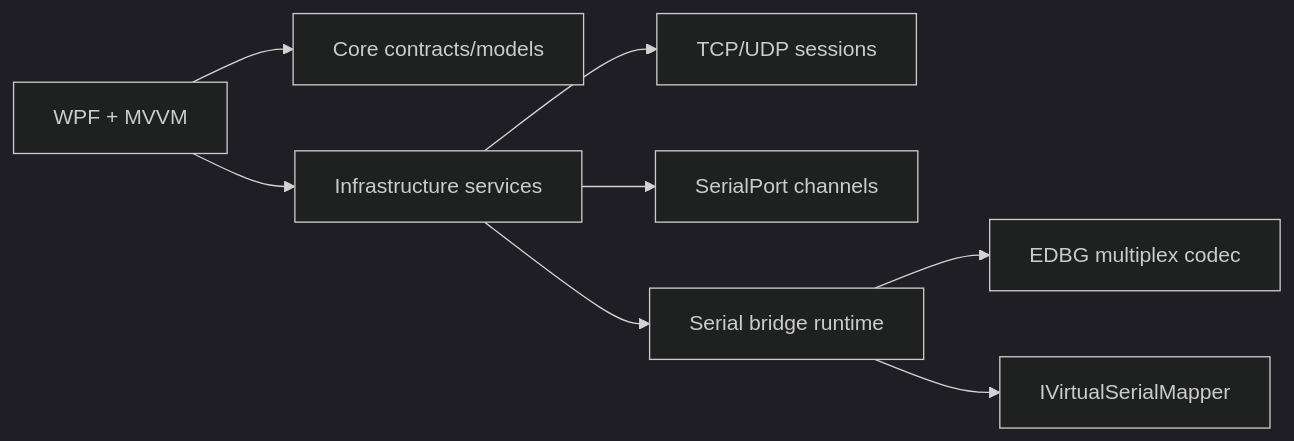
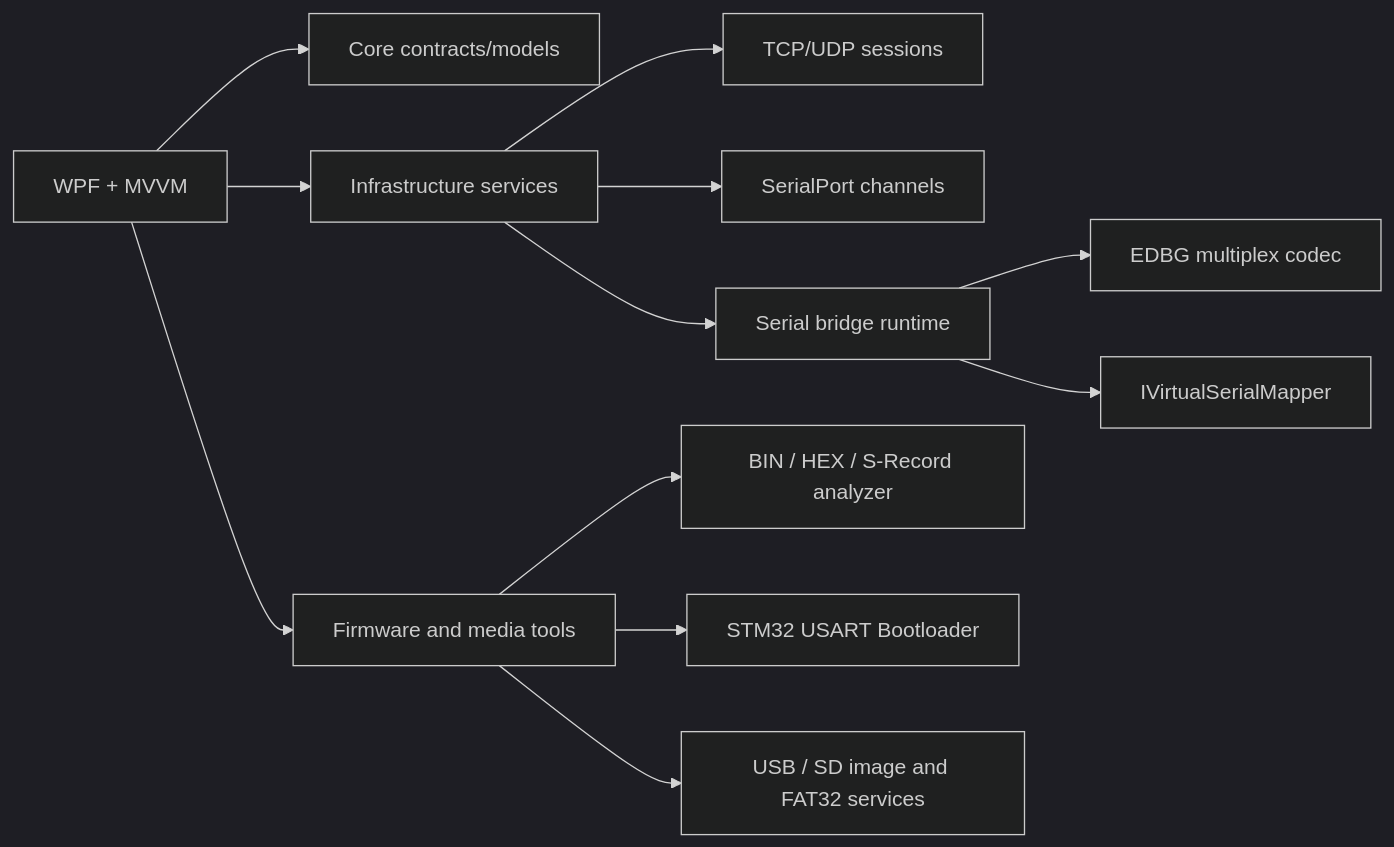
One commit to Daofengql/EmbedDesk changed the diagram in docs/Architecture.md. Above: the diagram before and after it, drawn with Mermaid (dark theme). The commit also changed other lines of this file and 16 other files, not shown here.

Commit message:
feat: add embedded firmware and media tools

````diff
--- a/docs/Architecture.md
+++ b/docs/Architecture.md
@@ -3,10 +3,14 @@
 ```mermaid
 flowchart LR
   UI[WPF + MVVM] --> Core[Core contracts/models]
   UI --> Infra[Infrastructure services]
   Infra --> Net[TCP/UDP sessions]
   Infra --> Serial[SerialPort channels]
   Infra --> Bridge[Serial bridge runtime]
   Bridge --> Proto[EDBG multiplex codec]
   Bridge --> Driver[IVirtualSerialMapper]
+  UI --> Firmware[Firmware and media tools]
+  Firmware --> Images[BIN / HEX / S-Record analyzer]
+  Firmware --> STM32[STM32 USART Bootloader]
+  Firmware --> Media[USB / SD image and FAT32 services]
 ```
````
